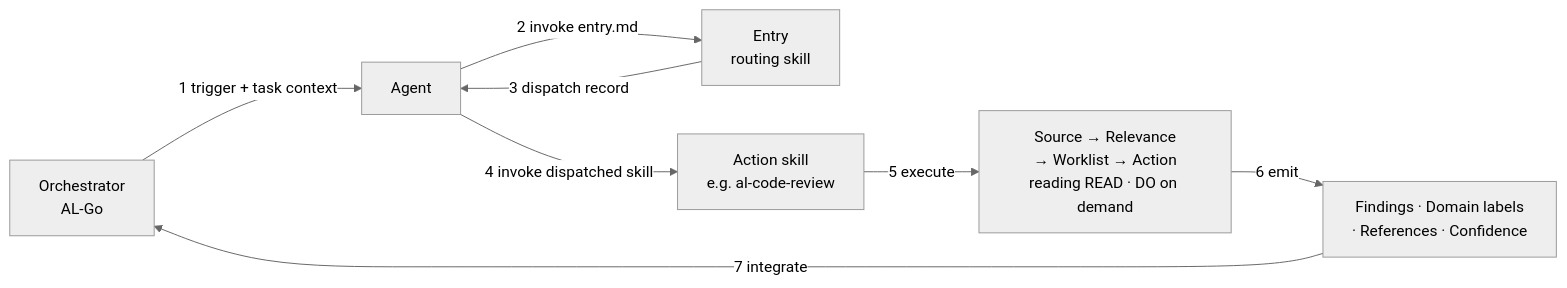
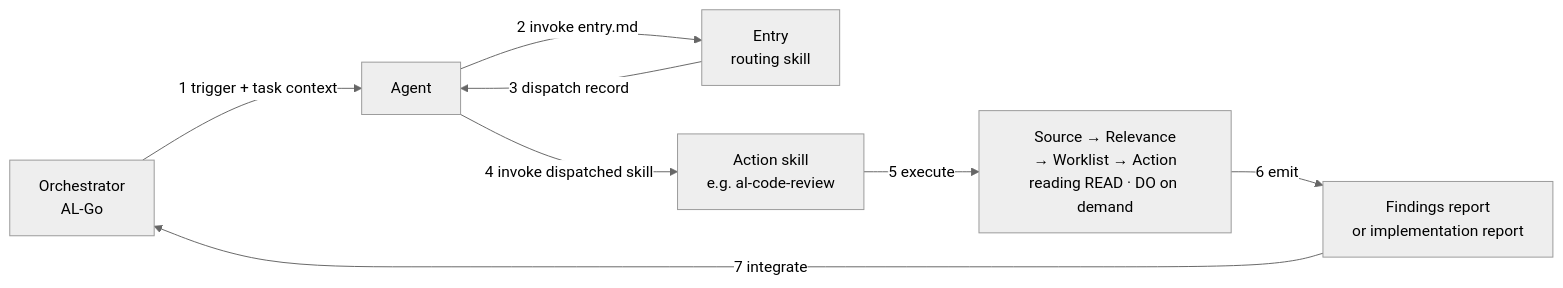
The diagram in agent-consumption.md (microsoft/BCQuality), drawn with Mermaid (neutral theme) before and after one commit. The commit also changed other lines of this file and 49 other files, not shown here.

````diff
--- a/agent-consumption.md
+++ b/agent-consumption.md
@@ -21,10 +23,10 @@
 ```mermaid
 flowchart LR
     O[Orchestrator<br/>AL-Go] -->|1 trigger + task context| A[Agent]
     A -->|2 invoke entry.md| E[Entry<br/>routing skill]
     E -->|3 dispatch record| A
     A -->|4 invoke dispatched skill| S[Action skill<br/>e.g. al-code-review]
     S -->|5 execute| P[Source → Relevance<br/>→ Worklist → Action<br/>reading READ · DO on demand]
-    P -->|6 emit| R[Findings · Domain labels<br/>· References · Confidence]
+    P -->|6 emit| R[Findings report<br/>or implementation report]
     R -->|7 integrate| O
 ```
````
